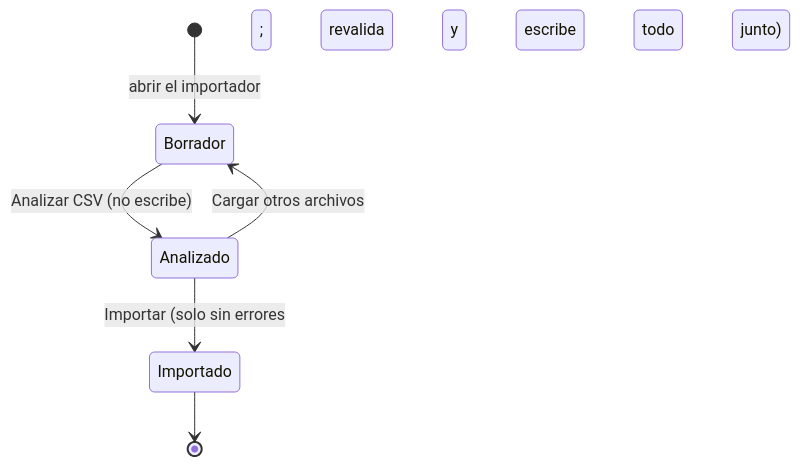
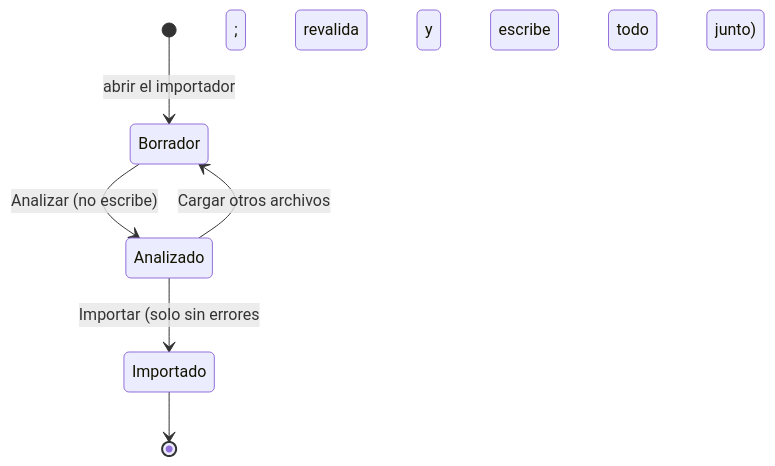
The third of 4 diagrams in docs/flujos.md (ffunes-cru/cotizador), drawn with Mermaid before and after one commit. The commit also changed 30 other files, not shown here.

````diff
--- a/docs/flujos.md
+++ b/docs/flujos.md
@@ -116,8 +116,8 @@
 ```mermaid
 stateDiagram-v2
     [*] --> Borrador: abrir el importador
-    Borrador --> Analizado: Analizar CSV (no escribe)
+    Borrador --> Analizado: Analizar (no escribe)
     Analizado --> Borrador: Cargar otros archivos
     Analizado --> Importado: Importar (solo sin errores; revalida y escribe todo junto)
     Importado --> [*]
 ```
````
